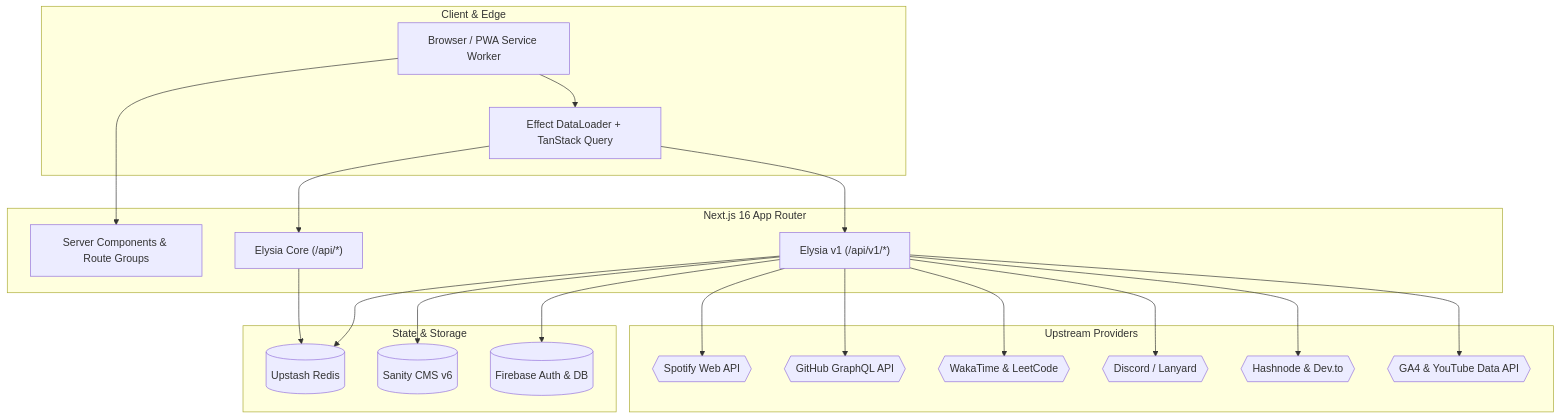
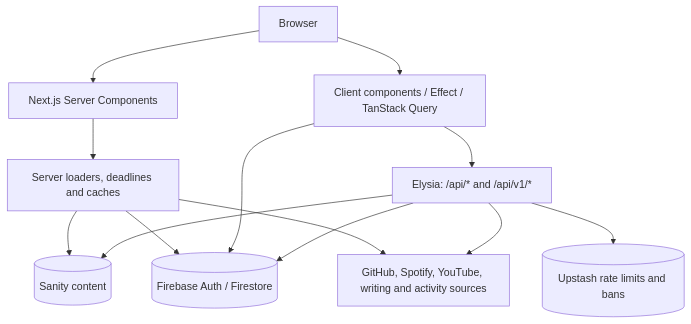
The diagram in README.md (WomB0ComB0/portfolio), drawn with Mermaid before and after one commit. The commit also changed other lines of this file, not shown here.

````diff
--- a/README.md
+++ b/README.md
@@ -55,43 +72,25 @@
 ```mermaid
 graph TD
-    subgraph "Client & Edge"
-        Browser["Browser / PWA Service Worker"]
-        DataLoader["Effect DataLoader + TanStack Query"]
-    end
+    Browser["Browser"]
+    Pages["Next.js Server Components"]
+    Loaders["Server loaders, deadlines and caches"]
+    Client["Client components / Effect / TanStack Query"]
+    API["Elysia: /api/* and /api/v1/*"]
+    Sanity[("Sanity content")]
+    Firebase[("Firebase Auth / Firestore")]
+    Redis[("Upstash rate limits and bans")]
+    Services["GitHub, Spotify, YouTube, writing and activity sources"]
 
-    subgraph "Next.js 16 App Router"
-        RSC["Server Components & Route Groups"]
-        CoreAPI["Elysia Core (/api/*)"]
-        V1API["Elysia v1 (/api/v1/*)"]
-    end
-
-    subgraph "State & Storage"
-        Upstash[("Upstash Redis")]
-        Sanity[("Sanity CMS v6")]
-        Firebase[("Firebase Auth & DB")]
-    end
-
-    subgraph "Upstream Providers"
-        Spotify{{"Spotify Web API"}}
-        GitHub{{"GitHub GraphQL API"}}
-        WakaTime{{"WakaTime & LeetCode"}}
-        Lanyard{{"Discord / Lanyard"}}
-        Writing{{"Hashnode & Dev.to"}}
-        Google{{"GA4 & YouTube Data API"}}
-    end
-
-    Browser --> RSC
-    Browser --> DataLoader
-    DataLoader --> CoreAPI
-    DataLoader --> V1API
-    CoreAPI --> Upstash
-    V1API --> Upstash
-    V1API --> Sanity
-    V1API --> Firebase
-    V1API --> Spotify
-    V1API --> GitHub
-    V1API --> WakaTime
-    V1API --> Lanyard
-    V1API --> Writing
-    V1API --> Google
+    Browser --> Pages
+    Browser --> Client
+    Pages --> Loaders
+    Loaders --> Sanity
+    Loaders --> Firebase
+    Loaders --> Services
+    Client --> API
+    Client --> Firebase
+    API --> Redis
+    API --> Sanity
+    API --> Firebase
+    API --> Services
 ```
````
